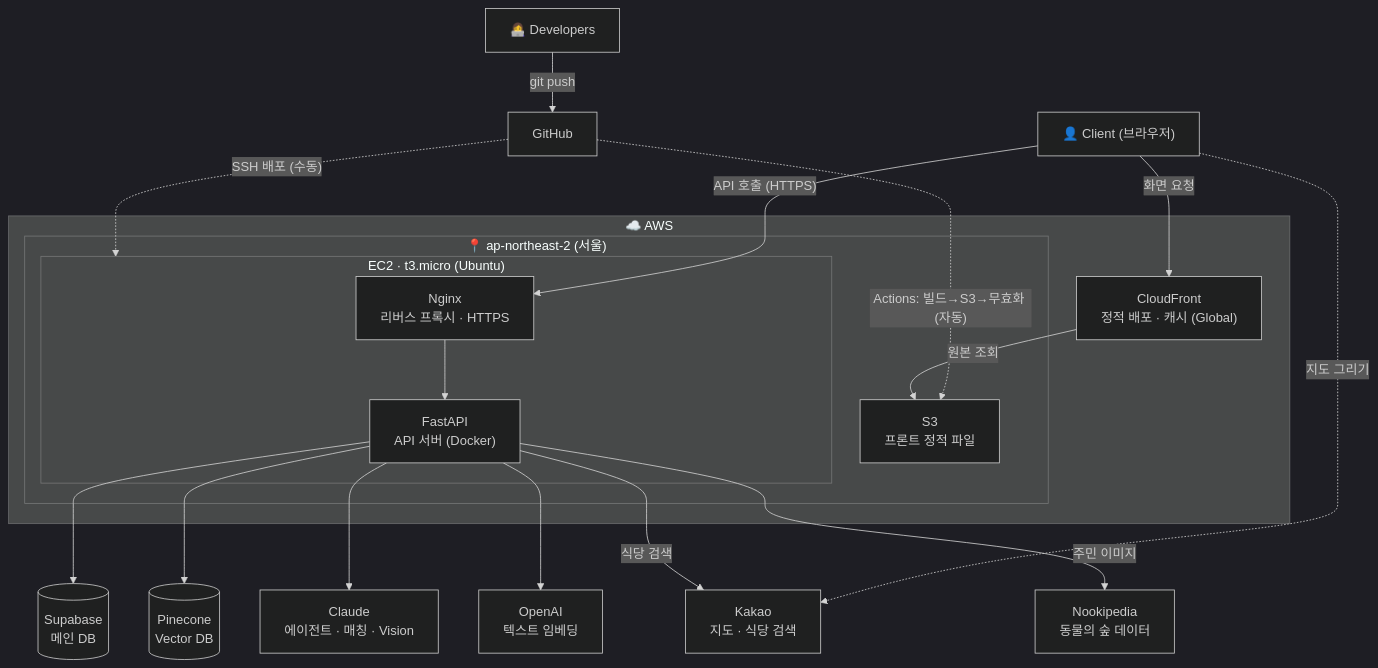
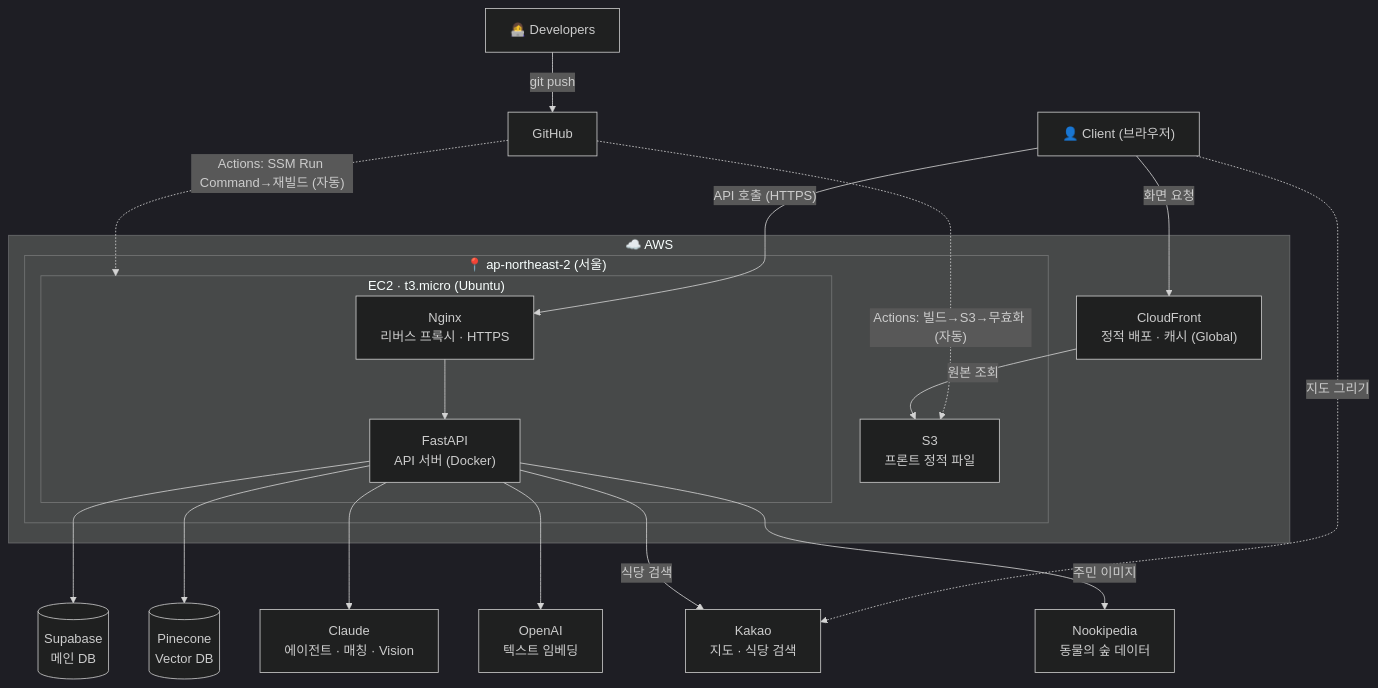
One commit to hanulkimm/biz-lunch-lab changed the fifth of 6 diagrams in README.md. Above: the diagram before and after it, drawn with Mermaid (dark theme). The commit also changed other lines of this file, not shown here.

First line of the commit message:
docs: README 배포 섹션을 SSM 자동배포로 갱신

````diff
--- a/README.md
+++ b/README.md
@@ -176,28 +176,28 @@
 ```mermaid
 flowchart TD
     Dev["👩‍💻 Developers"] -->|git push| GH["GitHub"]
     GH -. "Actions: 빌드→S3→무효화 (자동)" .-> S3
-    GH -. "SSH 배포 (수동)" .-> EC2
+    GH -. "Actions: SSM Run Command→재빌드 (자동)" .-> EC2
 
     Client["👤 Client (브라우저)"] -->|화면 요청| CF
     Client -->|"API 호출 (HTTPS)"| NGINX
     Client -. 지도 그리기 .-> KAKAO
 
     subgraph AWS["☁️ AWS"]
         CF["CloudFront<br/>정적 배포 · 캐시 (Global)"]
         subgraph REGION["📍 ap-northeast-2 (서울)"]
             S3["S3<br/>프론트 정적 파일"]
             subgraph EC2["EC2 · t3.micro (Ubuntu)"]
                 NGINX["Nginx<br/>리버스 프록시 · HTTPS"] --> API["FastAPI<br/>API 서버 (Docker)"]
             end
         end
         CF -->|원본 조회| S3
     end
 
     API --> DB[("Supabase<br/>메인 DB")]
     API --> VEC[("Pinecone<br/>Vector DB")]
     API --> LLM["Claude<br/>에이전트 · 매칭 · Vision"]
     API --> EMB["OpenAI<br/>텍스트 임베딩"]
     API -->|식당 검색| KAKAO["Kakao<br/>지도 · 식당 검색"]
     API -->|주민 이미지| NOOK["Nookipedia<br/>동물의 숲 데이터"]
 ```
````
